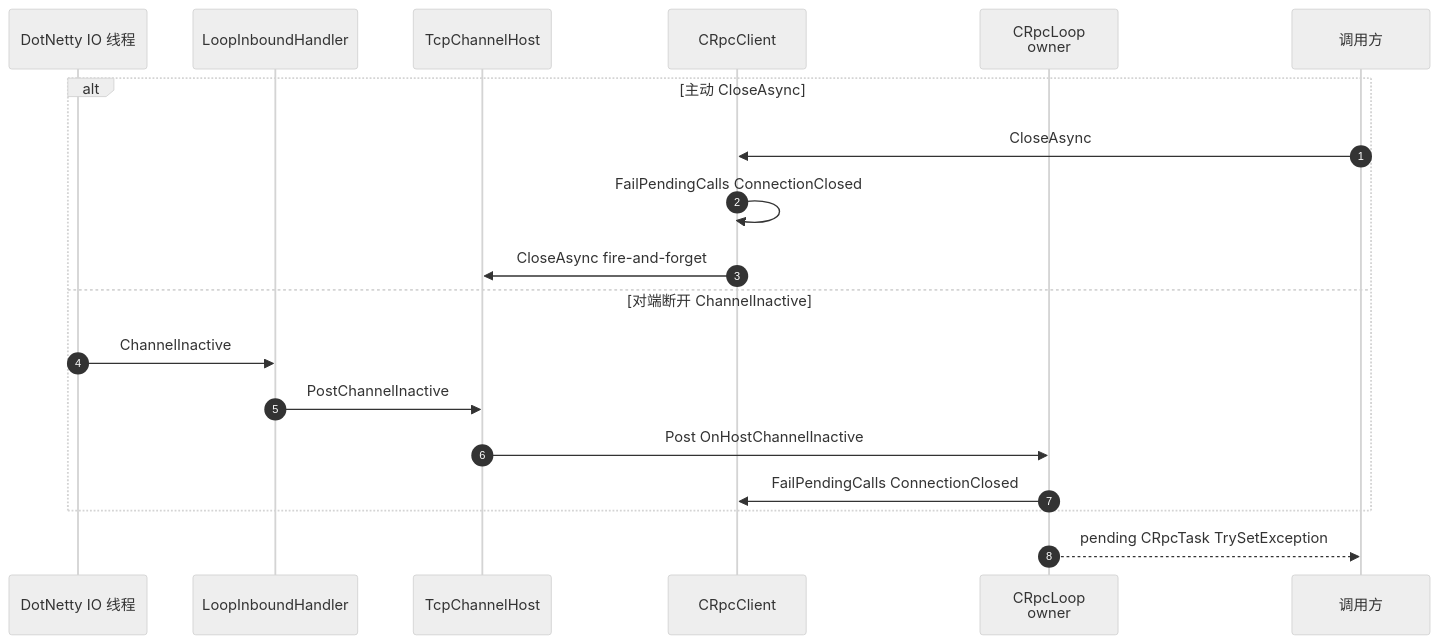
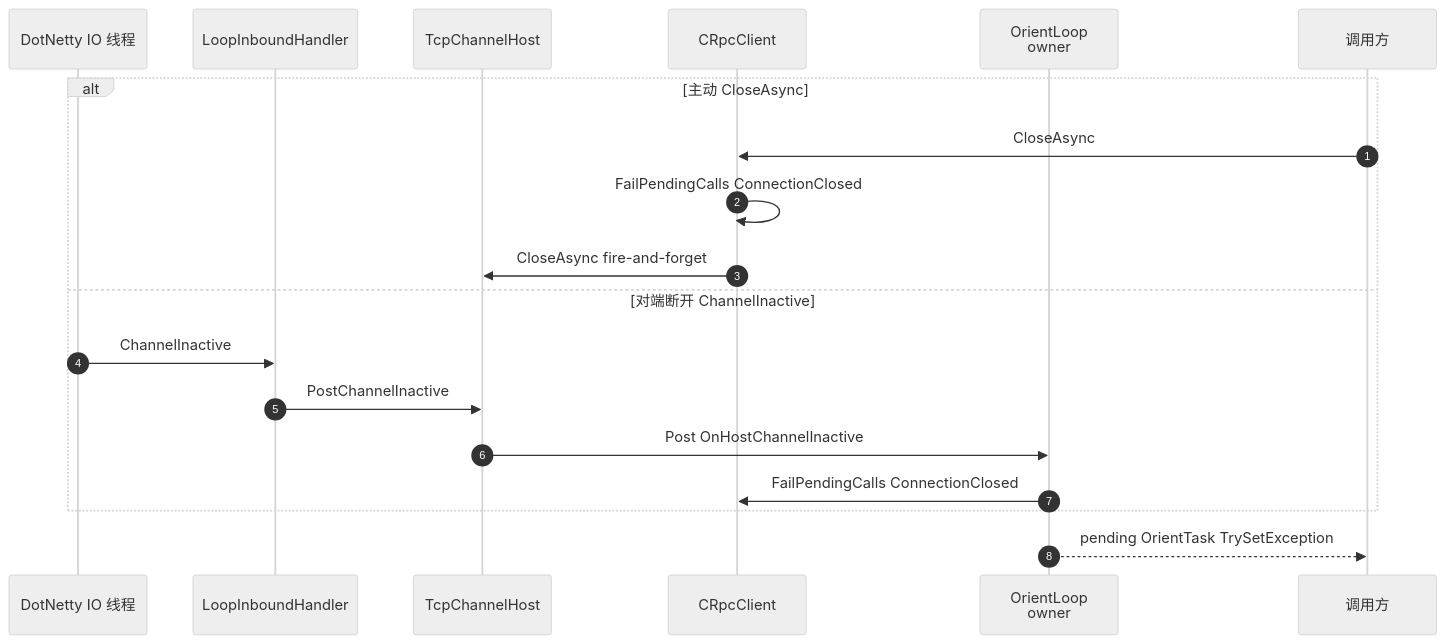
The fourth of 5 diagrams in Doc/architecture-draft.md (orientye/orientdotnet), drawn with Mermaid (neutral theme) before and after one commit. The commit also changed other lines of this file, not shown here.

````diff
--- a/Doc/architecture-draft.md
+++ b/Doc/architecture-draft.md
@@ -721,22 +733,22 @@
 ```mermaid
 sequenceDiagram
     autonumber
     participant IO as DotNetty IO 线程
     participant LIH as LoopInboundHandler
     participant Host as TcpChannelHost
     participant Cli as CRpcClient
-    participant BizLoop as CRpcLoop<br/>owner
+    participant BizLoop as OrientLoop<br/>owner
     participant App as 调用方
 
     alt 主动 CloseAsync
         App->>Cli: CloseAsync
         Cli->>Cli: FailPendingCalls ConnectionClosed
         Cli->>Host: CloseAsync fire-and-forget
     else 对端断开 ChannelInactive
         IO->>LIH: ChannelInactive
         LIH->>Host: PostChannelInactive
         Host->>BizLoop: Post OnHostChannelInactive
         BizLoop->>Cli: FailPendingCalls ConnectionClosed
     end
-    BizLoop-->>App: pending CRpcTask TrySetException
+    BizLoop-->>App: pending OrientTask TrySetException
 ```
````
